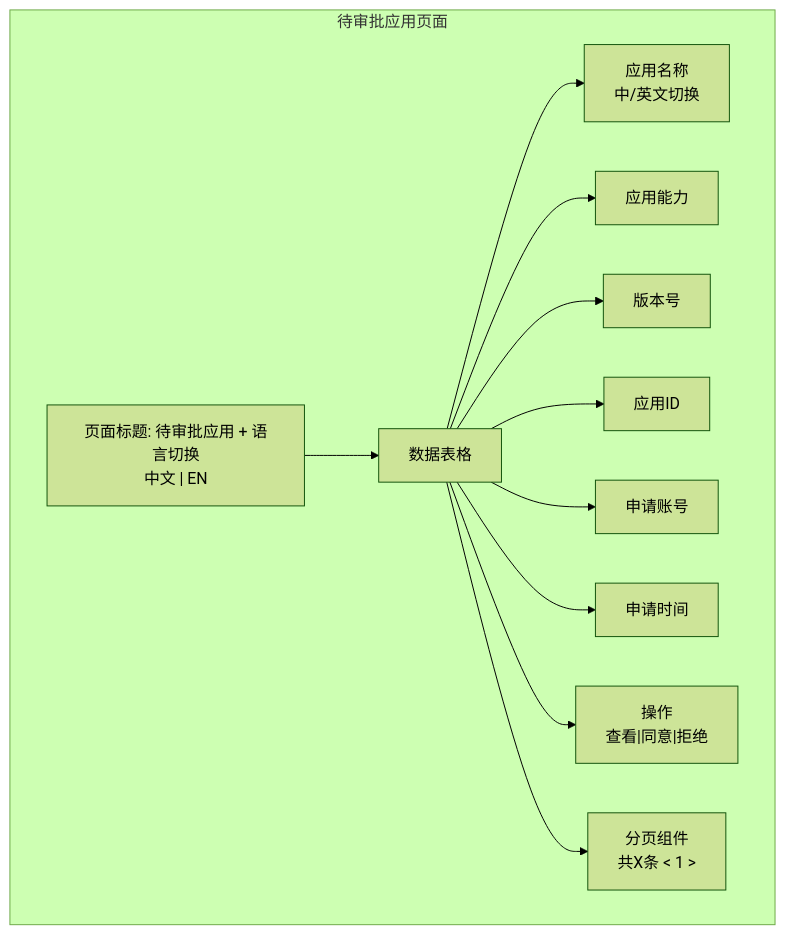
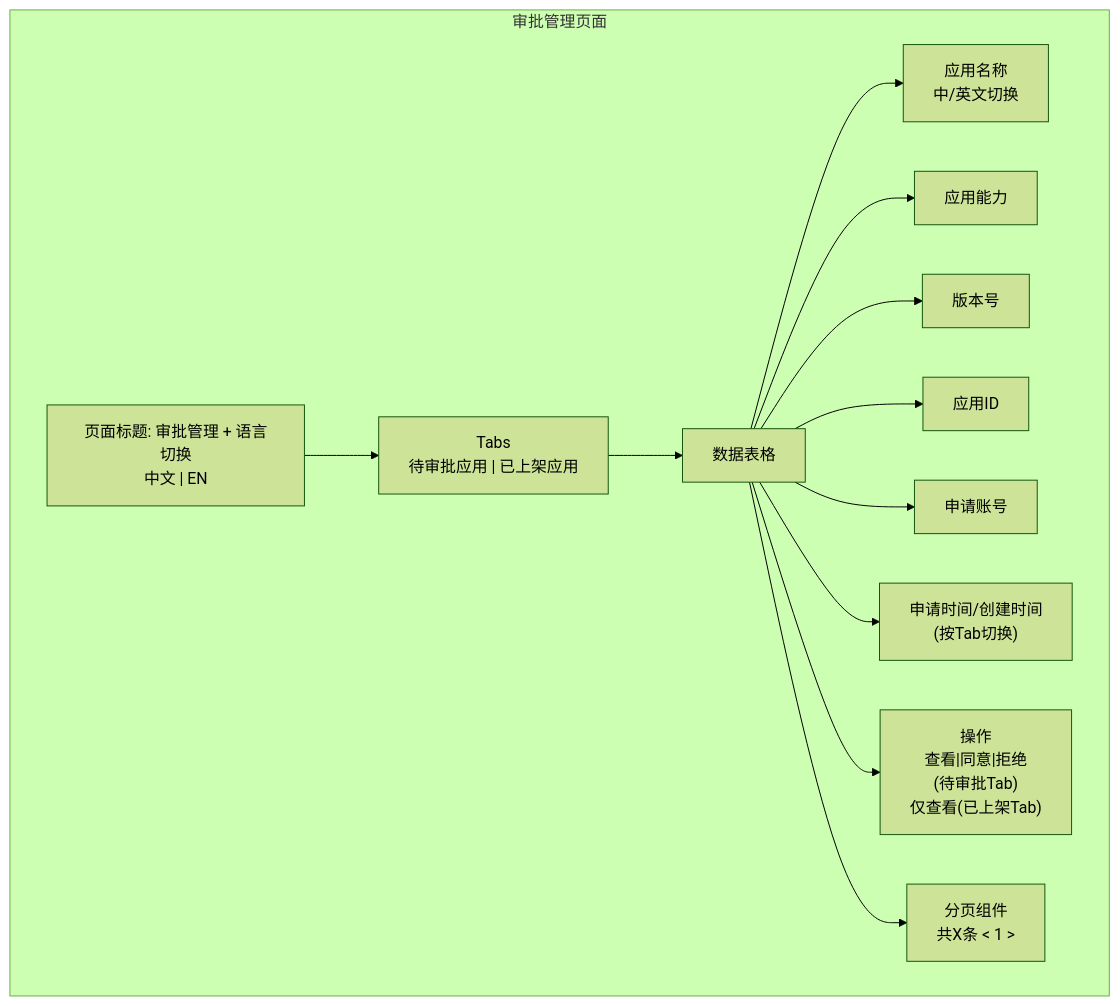
Before and after one commit to THZSummer/open-app: the seventh of 7 diagrams in docs/market-server/approval-management-requirement.md, drawn with Mermaid (forest theme). The commit also changed other lines of this file and 2 other files, not shown here.

First line of the commit message:
docs: 改回单页面双Tab结构（审批管理）

````diff
--- a/docs/market-server/approval-management-requirement.md
+++ b/docs/market-server/approval-management-requirement.md
@@ -627,25 +623,27 @@
 ```mermaid
 graph TD
-    subgraph 待审批应用页面
-        header["页面标题: 待审批应用 + 语言切换<br/>中文 | EN"]
+    subgraph 审批管理页面
+        header["页面标题: 审批管理 + 语言切换<br/>中文 | EN"]
+        tabs["Tabs<br/>待审批应用 | 已上架应用"]
         table["数据表格"]
         col1["应用名称<br/>中/英文切换"]
         col2["应用能力"]
         col3["版本号"]
         col4["应用ID"]
         col5["申请账号"]
-        col6["申请时间"]
-        col7["操作<br/>查看|同意|拒绝"]
+        col6["申请时间/创建时间<br/>(按Tab切换)"]
+        col7["操作<br/>查看|同意|拒绝<br/>(待审批Tab)<br/>仅查看(已上架Tab)"]
         pagination["分页组件<br/>共X条 &lt; 1 &gt;"]
     end
 
-    header --> table
+    header --> tabs
+    tabs --> table
     table --> col1
     table --> col2
     table --> col3
     table --> col4
     table --> col5
     table --> col6
     table --> col7
     table --> pagination
 ```
````
